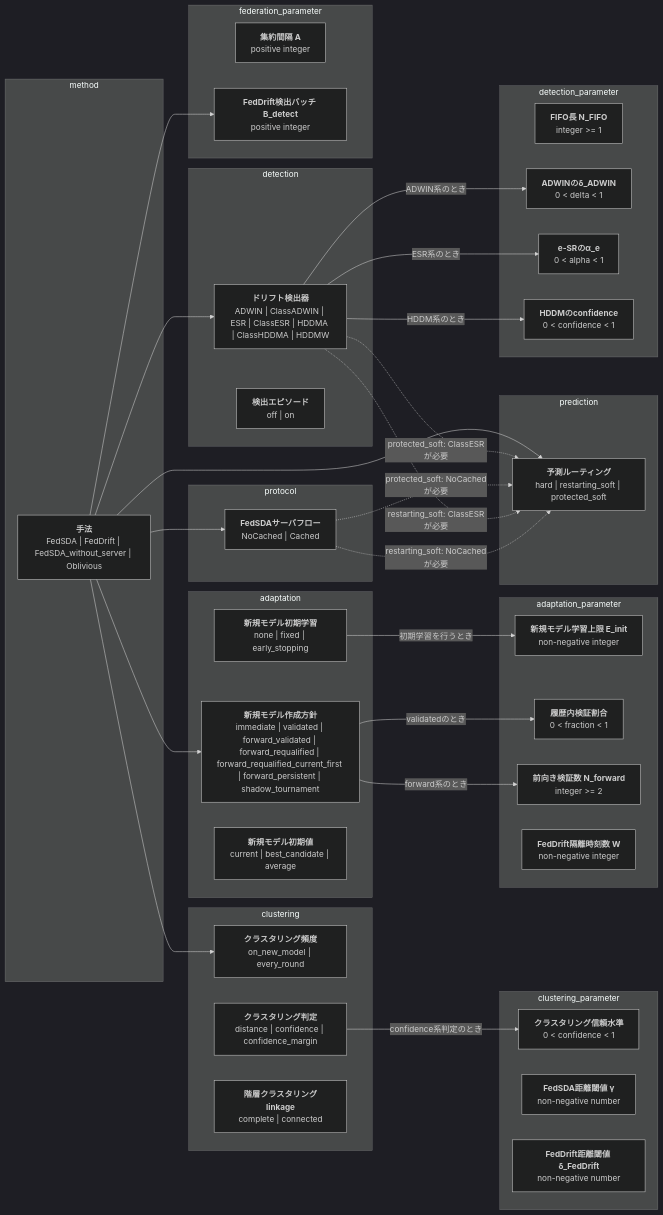
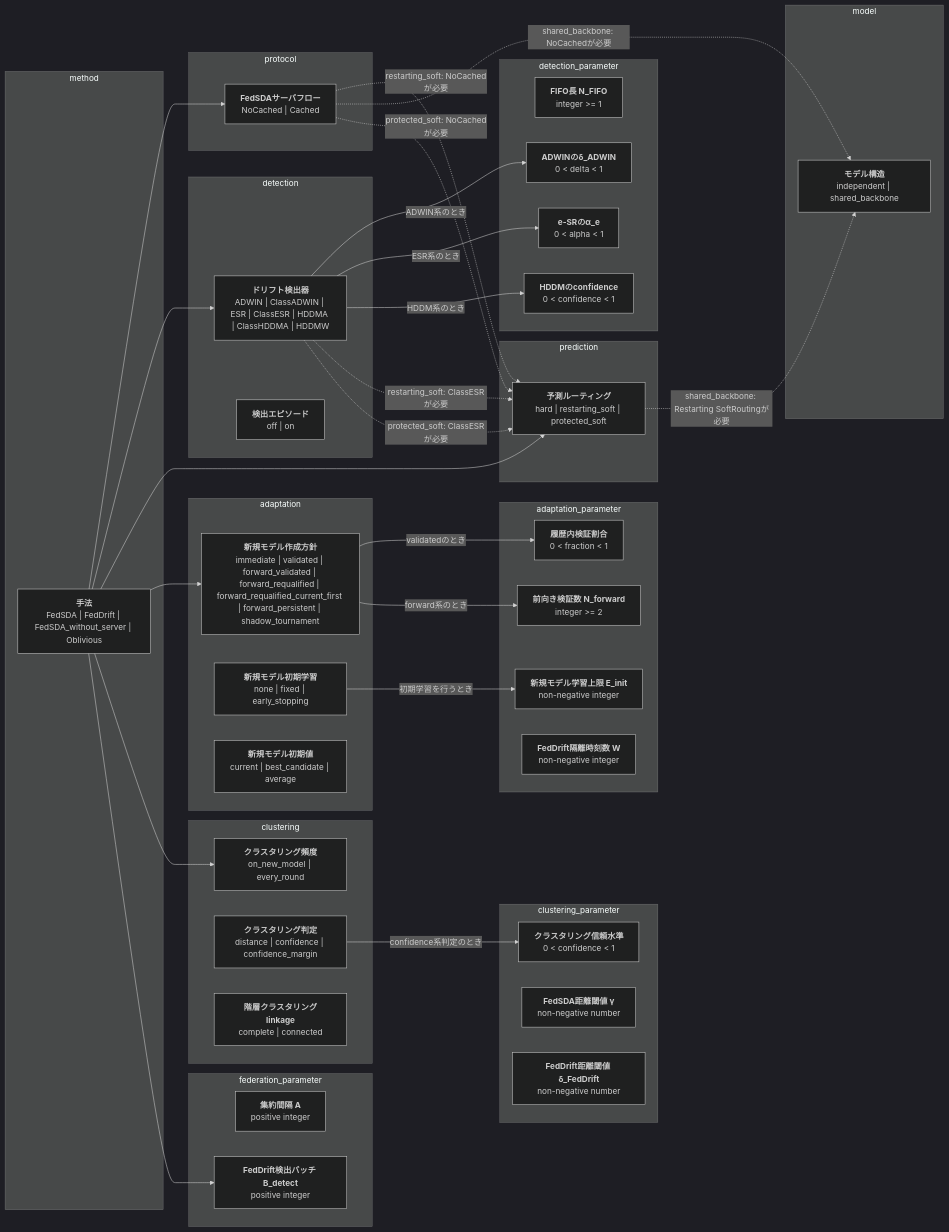
One commit to shimmen3141/FedSDA-experiment changed the first of 2 diagrams in docs/options.md. Above: the diagram before and after it, drawn with Mermaid (dark theme). The commit also changed other lines of this file and 20 other files, not shown here.

Commit message:
Add shared-backbone FedSDA mode

````diff
--- a/docs/options.md
+++ b/docs/options.md
@@ -18,64 +18,69 @@
 ```mermaid
 flowchart LR
   subgraph group_method[method]
     method["<b>手法</b><br/>FedSDA | FedDrift | FedSDA_without_server | Oblivious"]
   end
   subgraph group_protocol[protocol]
     server_flow["<b>FedSDAサーバフロー</b><br/>NoCached | Cached"]
   end
   subgraph group_detection[detection]
     detector["<b>ドリフト検出器</b><br/>ADWIN | ClassADWIN | ESR | ClassESR | HDDMA | ClassHDDMA | HDDMW"]
     detection_episodes["<b>検出エピソード</b><br/>off | on"]
   end
   subgraph group_prediction[prediction]
     routing["<b>予測ルーティング</b><br/>hard | restarting_soft | protected_soft"]
+  end
+  subgraph group_model[model]
+    model_architecture["<b>モデル構造</b><br/>independent | shared_backbone"]
   end
   subgraph group_adaptation[adaptation]
     new_model_creation_policy["<b>新規モデル作成方針</b><br/>immediate | validated | forward_validated | forward_requalified | forward_requalified_current_first | forward_persistent | shadow_tournament"]
     new_model_training["<b>新規モデル初期学習</b><br/>none | fixed | early_stopping"]
     new_model_initialization["<b>新規モデル初期値</b><br/>current | best_candidate | average"]
   end
   subgraph group_adaptation_parameter[adaptation_parameter]
     new_model_epochs["<b>新規モデル学習上限 E_init</b><br/>non-negative integer"]
     new_model_validation_fraction["<b>履歴内検証割合</b><br/>0 < fraction < 1"]
     new_model_forward_validation_samples["<b>前向き検証数 N_forward</b><br/>integer >= 2"]
     feddrift_isolation_timesteps["<b>FedDrift隔離時刻数 W</b><br/>non-negative integer"]
   end
   subgraph group_detection_parameter[detection_parameter]
     fifo_size["<b>FIFO長 N_FIFO</b><br/>integer >= 1"]
     adwin_delta["<b>ADWINのδ_ADWIN</b><br/>0 < delta < 1"]
     e_detector_alpha["<b>e-SRのα_e</b><br/>0 < alpha < 1"]
     hddm_drift_confidence["<b>HDDMのconfidence</b><br/>0 < confidence < 1"]
   end
   subgraph group_clustering[clustering]
     clustering_policy["<b>クラスタリング頻度</b><br/>on_new_model | every_round"]
     clustering_decision["<b>クラスタリング判定</b><br/>distance | confidence | confidence_margin"]
     cluster_linkage["<b>階層クラスタリングlinkage</b><br/>complete | connected"]
   end
   subgraph group_clustering_parameter[clustering_parameter]
     clustering_confidence["<b>クラスタリング信頼水準</b><br/>0 < confidence < 1"]
     fedsda_distance_threshold["<b>FedSDA距離閾値 γ</b><br/>non-negative number"]
     feddrift_distance_threshold["<b>FedDrift距離閾値 δ_FedDrift</b><br/>non-negative number"]
   end
   subgraph group_federation_parameter[federation_parameter]
     aggregation_interval["<b>集約間隔 A</b><br/>positive integer"]
     feddrift_detection_batch_size["<b>FedDrift検出バッチ B_detect</b><br/>positive integer"]
   end
   new_model_training -->|"初期学習を行うとき"| new_model_epochs
   new_model_creation_policy -->|"validatedのとき"| new_model_validation_fraction
   new_model_creation_policy -->|"forward系のとき"| new_model_forward_validation_samples
   detector -->|"ADWIN系のとき"| adwin_delta
   detector -->|"ESR系のとき"| e_detector_alpha
   detector -->|"HDDM系のとき"| hddm_drift_confidence
   clustering_decision -->|"confidence系判定のとき"| clustering_confidence
   server_flow -.->|"restarting_soft: NoCachedが必要"| routing
   detector -.->|"restarting_soft: ClassESRが必要"| routing
+  server_flow -.->|"shared_backbone: NoCachedが必要"| model_architecture
+  routing -.->|"shared_backbone: Restarting SoftRoutingが必要"| model_architecture
   server_flow -.->|"protected_soft: NoCachedが必要"| routing
   detector -.->|"protected_soft: ClassESRが必要"| routing
   method --> server_flow
   method --> detector
   method --> routing
   method --> new_model_creation_policy
   method --> clustering_policy
   method --> feddrift_detection_batch_size
 ```
````
